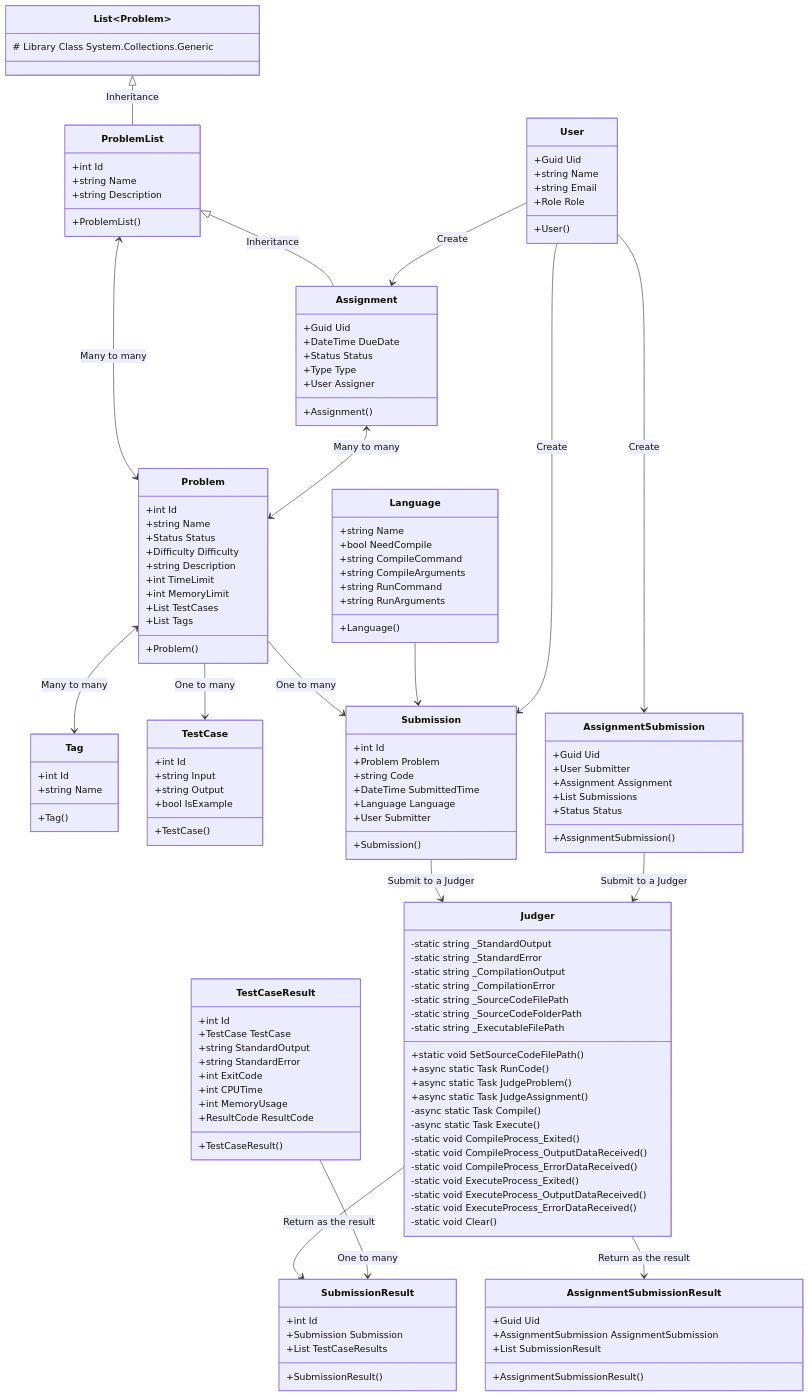
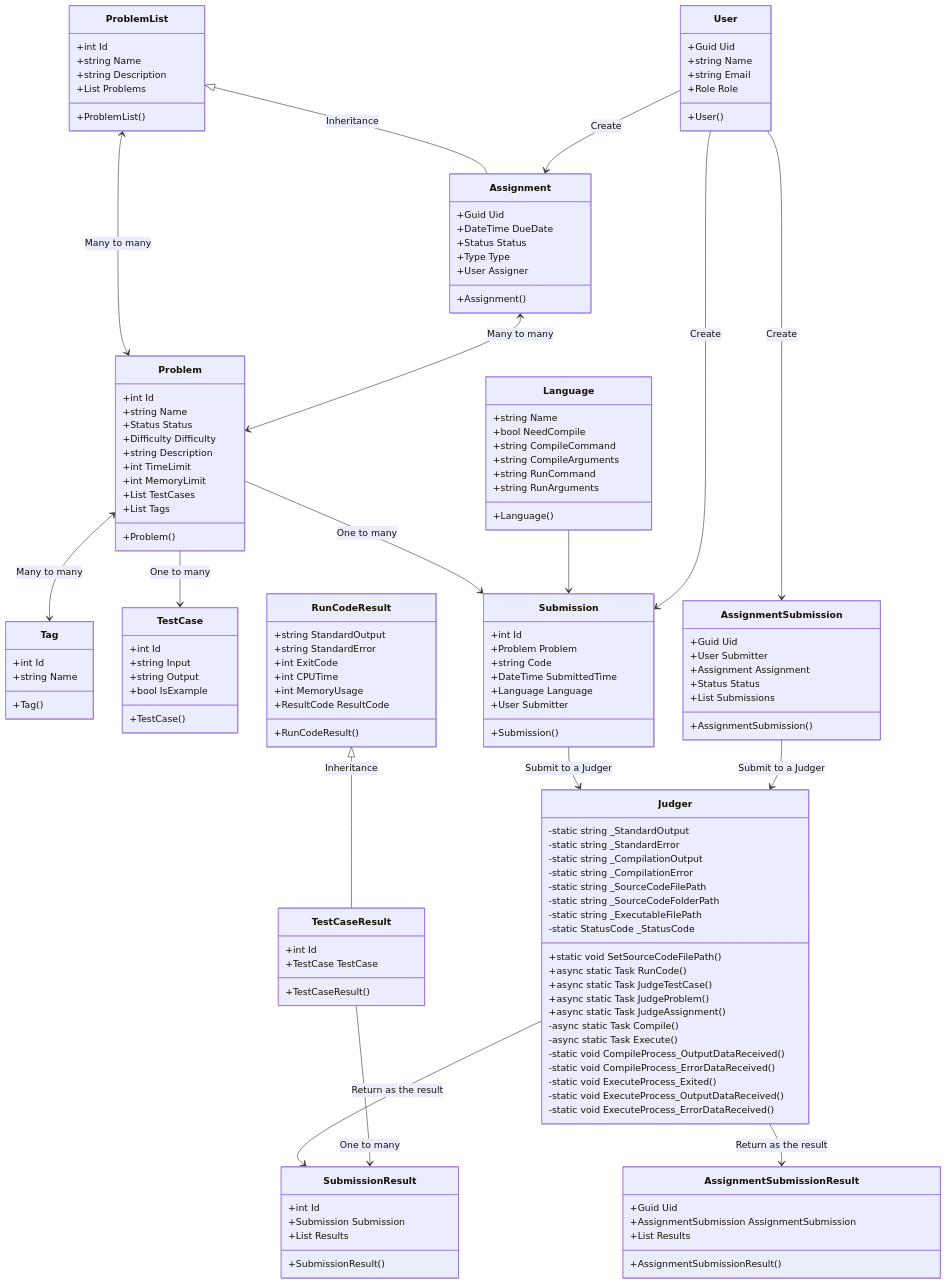
The diagram in report/graphs/classDiagram.mmd (HEIGE-PCloud/Algorithm-Dynamics), drawn with Mermaid before and after one commit. The commit also changed 19 other files, not shown here.

```diff
--- a/report/graphs/classDiagram.mmd
+++ b/report/graphs/classDiagram.mmd
@@ -1,136 +1,137 @@
 classDiagram
     class Tag{
         +int Id
         +string Name
         +Tag()
     }
     class TestCase{
         +int Id
         +string Input
         +string Output
         +bool IsExample
         +TestCase()
     }
     class Problem{
         +int Id
         +string Name
         +Status Status
         +Difficulty Difficulty
         +string Description
         +int TimeLimit
         +int MemoryLimit
         +List<TestCase> TestCases
         +List<Tag> Tags
         +Problem()
     }
-    class List~Problem~ {
-        # Library Class System.Collections.Generic
-    }
     class ProblemList{
         +int Id
         +string Name
         +string Description
+        +List<Problem> Problems
         +ProblemList()
     }
     class Assignment{
         +Guid Uid
         +DateTime DueDate
         +Status Status
         +Type Type
         +User Assigner
         +Assignment()
     }
     class Submission{
         +int Id
         +Problem Problem
         +string Code
         +DateTime SubmittedTime
         +Language Language
         +User Submitter
         +Submission()
     }
-    class TestCaseResult {
-        +int Id
-        +TestCase TestCase
+    class RunCodeResult {
         +string StandardOutput
         +string StandardError
         +int ExitCode
         +int CPUTime
         +int MemoryUsage
         +ResultCode ResultCode
+        +RunCodeResult()
+    }
+    class TestCaseResult {
+        +int Id
+        +TestCase TestCase
         +TestCaseResult()
     }
     class SubmissionResult{
         +int Id
         +Submission Submission
-        +List<TestCaseResult> TestCaseResults
+        +List<TestCaseResults> Results
         +SubmissionResult()
     }
     class AssignmentSubmission{
         +Guid Uid
         +User Submitter
         +Assignment Assignment
+        +Status Status
         +List<Submission> Submissions
-        +Status Status
         +AssignmentSubmission()
     }
     class AssignmentSubmissionResult{
         +Guid Uid
         +AssignmentSubmission AssignmentSubmission
-        +List<SubmissionResult> SubmissionResult
+        +List<SubmissionResult> Results
         +AssignmentSubmissionResult()
     }
     class Judger{
         -static string _StandardOutput
         -static string _StandardError
         -static string _CompilationOutput
         -static string _CompilationError
         -static string _SourceCodeFilePath
         -static string _SourceCodeFolderPath
         -static string _ExecutableFilePath
+        -static StatusCode _StatusCode
         +static void SetSourceCodeFilePath()
         +async static Task<SubmissionResult> RunCode()
+        +async static Task<SubmissionResult> JudgeTestCase()
         +async static Task<SubmissionResult> JudgeProblem()
         +async static Task<AssignmentSubmission> JudgeAssignment()
         -async static Task<int> Compile()
         -async static Task<int> Execute()
-        -static void CompileProcess_Exited()
         -static void CompileProcess_OutputDataReceived()
         -static void CompileProcess_ErrorDataReceived()
         -static void ExecuteProcess_Exited()
         -static void ExecuteProcess_OutputDataReceived()
         -static void ExecuteProcess_ErrorDataReceived()
-        -static void Clear()
     }
     class User{
         +Guid Uid
         +string Name
         +string Email
         +Role Role
         +User()
     }
     class Language{
         +string Name
         +bool NeedCompile
         +string CompileCommand
         +string CompileArguments
         +string RunCommand
         +string RunArguments
         +Language()
     }
-    List <|-- ProblemList: Inheritance
     ProblemList <|-- Assignment: Inheritance
     Submission --> Judger: Submit to a Judger
     Judger -->  SubmissionResult: Return as the result
     Problem <--> Tag:Many to many
     Problem --> TestCase:One to many
     Problem --> Submission:One to many
     Language --> Submission
     ProblemList <--> Problem:Many to many
     Assignment <--> Problem:Many to many
     User --> Submission:Create
     User --> Assignment:Create
     User --> AssignmentSubmission:Create
     AssignmentSubmission --> Judger: Submit to a Judger
     Judger -->  AssignmentSubmissionResult: Return as the result
+    RunCodeResult <|-- TestCaseResult: Inheritance
     TestCaseResult --> SubmissionResult: One to many
```
